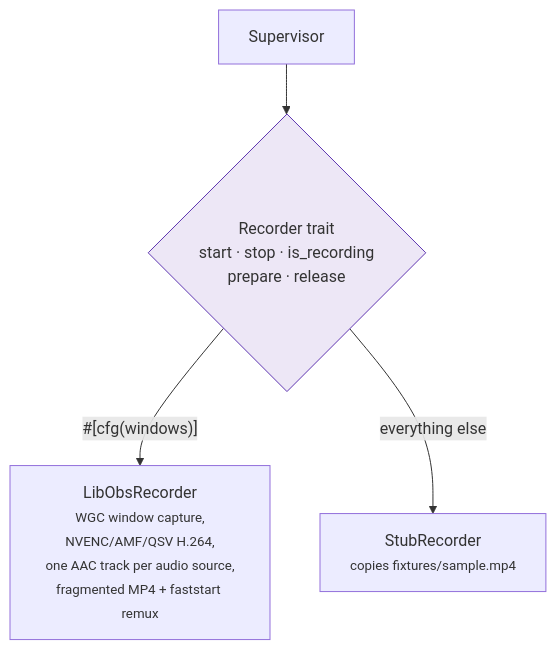
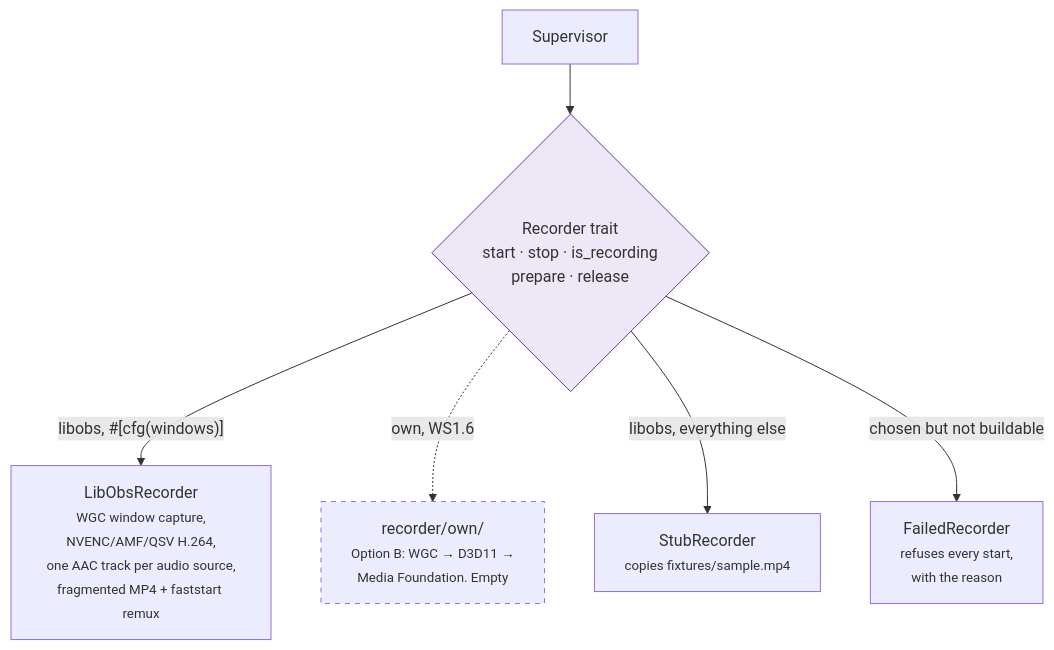
Before and after one commit to NinjaGoldfinch/ninja-recorder: the third of 6 diagrams in docs/architecture.md, drawn with Mermaid. The commit also changed other lines of this file and 22 other files, not shown here.

First line of the commit message:
feat(recorder): a capture_backend setting the daemon builds from (#217)

````diff
--- a/docs/architecture.md
+++ b/docs/architecture.md
@@ -141,7 +143,10 @@
 ```mermaid
 flowchart TB
     SUP["Supervisor"] --> T{"Recorder trait<br/>start · stop · is_recording<br/>prepare · release"}
-    T -->|"#[cfg(windows)]"| L["LibObsRecorder<br/><small>WGC window capture,<br/>NVENC/AMF/QSV H.264,<br/>one AAC track per audio source,<br/>fragmented MP4 + faststart remux</small>"]
-    T -->|"everything else"| S["StubRecorder<br/><small>copies fixtures/sample.mp4</small>"]
+    T -->|"libobs, #[cfg(windows)]"| L["LibObsRecorder<br/><small>WGC window capture,<br/>NVENC/AMF/QSV H.264,<br/>one AAC track per audio source,<br/>fragmented MP4 + faststart remux</small>"]
+    T -.->|"own, WS1.6"| O["recorder/own/<br/><small>Option B: WGC → D3D11 →<br/>Media Foundation. Empty</small>"]
+    T -->|"libobs, everything else"| S["StubRecorder<br/><small>copies fixtures/sample.mp4</small>"]
+    T -->|"chosen but not buildable"| F["FailedRecorder<br/><small>refuses every start,<br/>with the reason</small>"]
     style T fill:#ede7f6,stroke:#5e35b1
+    style O stroke-dasharray: 5 5
 ```
````
